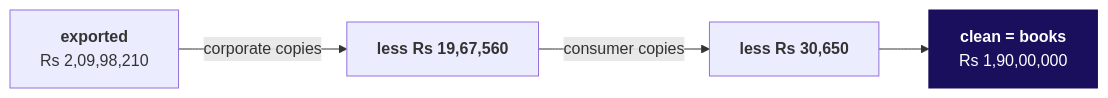
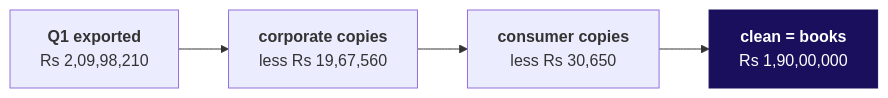
Before and after one commit to fde-academy-lab/c2-content-factory: the diagram in content/W01/D3/cheatsheets/C2_W01_D03_reconciliation_STUDENT.md, drawn with Mermaid. The commit also changed other lines of this file and 32 other files, not shown here.

````diff
--- a/content/W01/D3/cheatsheets/C2_W01_D03_reconciliation_STUDENT.md
+++ b/content/W01/D3/cheatsheets/C2_W01_D03_reconciliation_STUDENT.md
@@ -9,8 +9,8 @@
 ```mermaid
 flowchart LR
-    E["<b>exported</b><br/>Rs 2,09,98,210"] -->|"corporate copies"| A["<b>less Rs 19,67,560</b>"]
-    A -->|"consumer copies"| B["<b>less Rs 30,650</b>"]
+    E["<b>Q1 exported</b><br/>Rs 2,09,98,210"] --> A["<b>corporate copies</b><br/>less Rs 19,67,560"]
+    A --> B["<b>consumer copies</b><br/>less Rs 30,650"]
     B --> C["<b>clean = books</b><br/>Rs 1,90,00,000"]
     classDef bet fill:#1A0F5C,stroke:#1A0F5C,color:#FFFFFF
     class C bet
 ```
````
